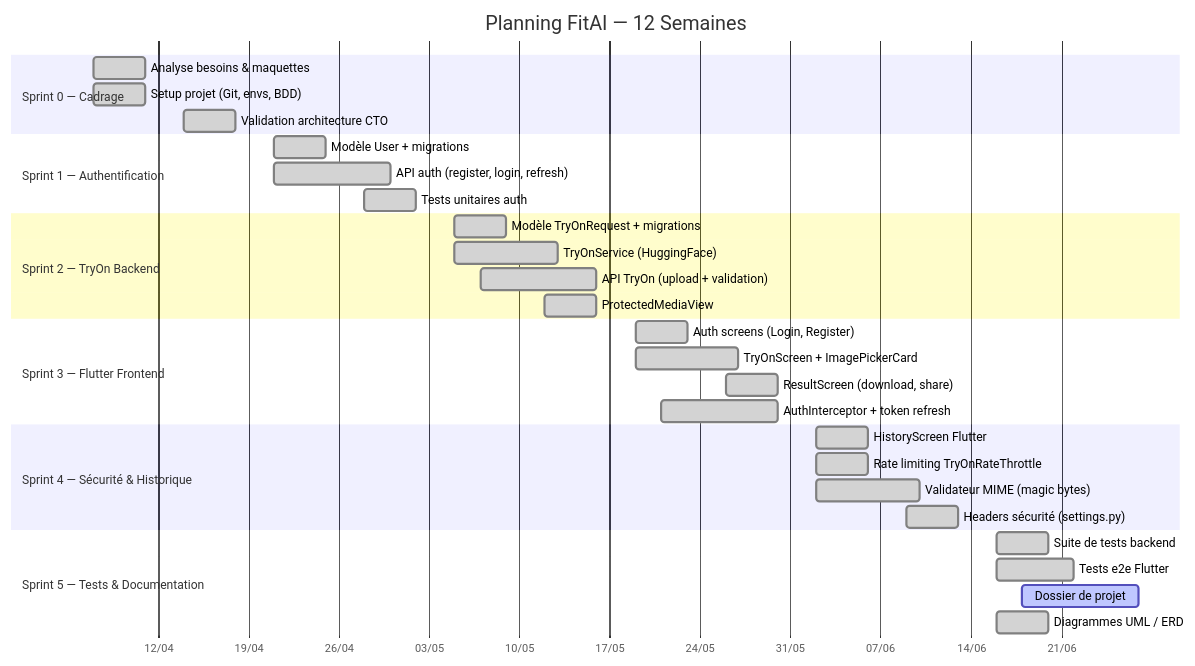
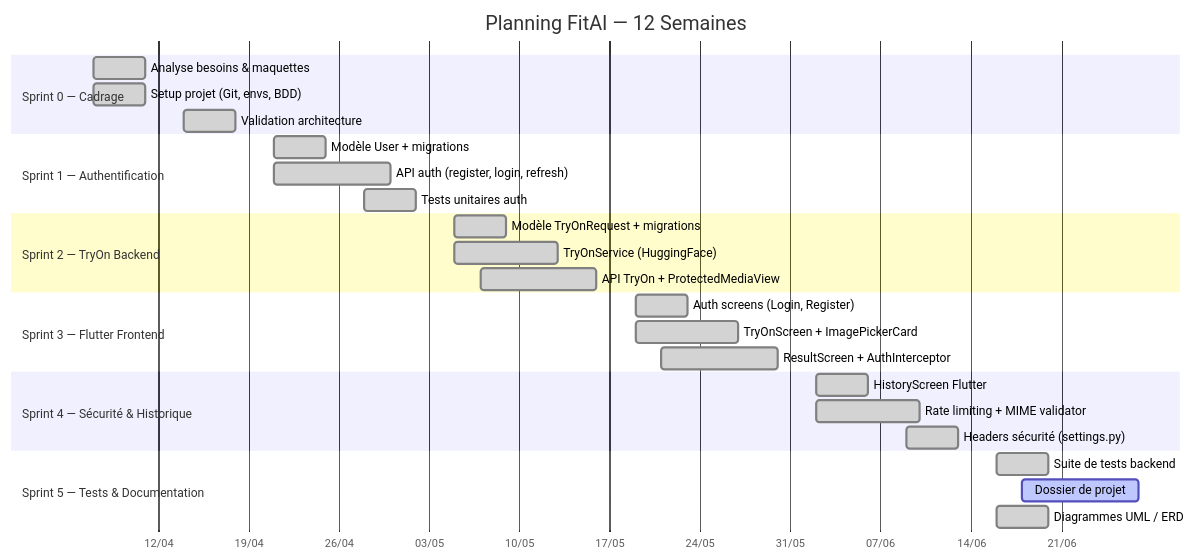
Before and after one commit to Falkor555/MSP1_BL: the first of 5 diagrams in docs/dossier_projet.md, drawn with Mermaid. The commit also changed other lines of this file and 12 other files, not shown here.

````diff
--- a/docs/dossier_projet.md
+++ b/docs/dossier_projet.md
@@ -280,40 +255,36 @@
 ```mermaid
 gantt
     title Planning FitAI — 12 Semaines
     dateFormat  YYYY-MM-DD
     axisFormat  %d/%m
 
     section Sprint 0 — Cadrage
     Analyse besoins & maquettes         :done, s0a, 2026-04-07, 2026-04-11
     Setup projet (Git, envs, BDD)       :done, s0b, 2026-04-07, 2026-04-11
-    Validation architecture CTO         :done, s0c, 2026-04-14, 2026-04-18
+    Validation architecture             :done, s0c, 2026-04-14, 2026-04-18
 
     section Sprint 1 — Authentification
     Modèle User + migrations            :done, s1a, 2026-04-21, 2026-04-25
     API auth (register, login, refresh) :done, s1b, 2026-04-21, 2026-04-30
     Tests unitaires auth                :done, s1c, 2026-04-28, 2026-05-02
 
     section Sprint 2 — TryOn Backend
     Modèle TryOnRequest + migrations    :done, s2a, 2026-05-05, 2026-05-09
     TryOnService (HuggingFace)          :done, s2b, 2026-05-05, 2026-05-13
-    API TryOn (upload + validation)     :done, s2c, 2026-05-07, 2026-05-16
-    ProtectedMediaView                  :done, s2d, 2026-05-12, 2026-05-16
+    API TryOn + ProtectedMediaView      :done, s2c, 2026-05-07, 2026-05-16
 
     section Sprint 3 — Flutter Frontend
     Auth screens (Login, Register)      :done, s3a, 2026-05-19, 2026-05-23
     TryOnScreen + ImagePickerCard       :done, s3b, 2026-05-19, 2026-05-27
-    ResultScreen (download, share)      :done, s3c, 2026-05-26, 2026-05-30
-    AuthInterceptor + token refresh     :done, s3d, 2026-05-21, 2026-05-30
+    ResultScreen + AuthInterceptor      :done, s3c, 2026-05-21, 2026-05-30
 
     section Sprint 4 — Sécurité & Historique
     HistoryScreen Flutter               :done, s4a, 2026-06-02, 2026-06-06
-    Rate limiting TryOnRateThrottle     :done, s4b, 2026-06-02, 2026-06-06
-    Validateur MIME (magic bytes)       :done, s4c, 2026-06-02, 2026-06-10
+    Rate limiting + MIME validator      :done, s4b, 2026-06-02, 2026-06-10
     Headers sécurité (settings.py)      :done, s4d, 2026-06-09, 2026-06-13
 
     section Sprint 5 — Tests & Documentation
     Suite de tests backend              :done, s5a, 2026-06-16, 2026-06-20
-    Tests e2e Flutter                   :done, s5b, 2026-06-16, 2026-06-22
     Dossier de projet                   :active, s5c, 2026-06-18, 2026-06-27
     Diagrammes UML / ERD                :done, s5d, 2026-06-16, 2026-06-20
 ```
````
